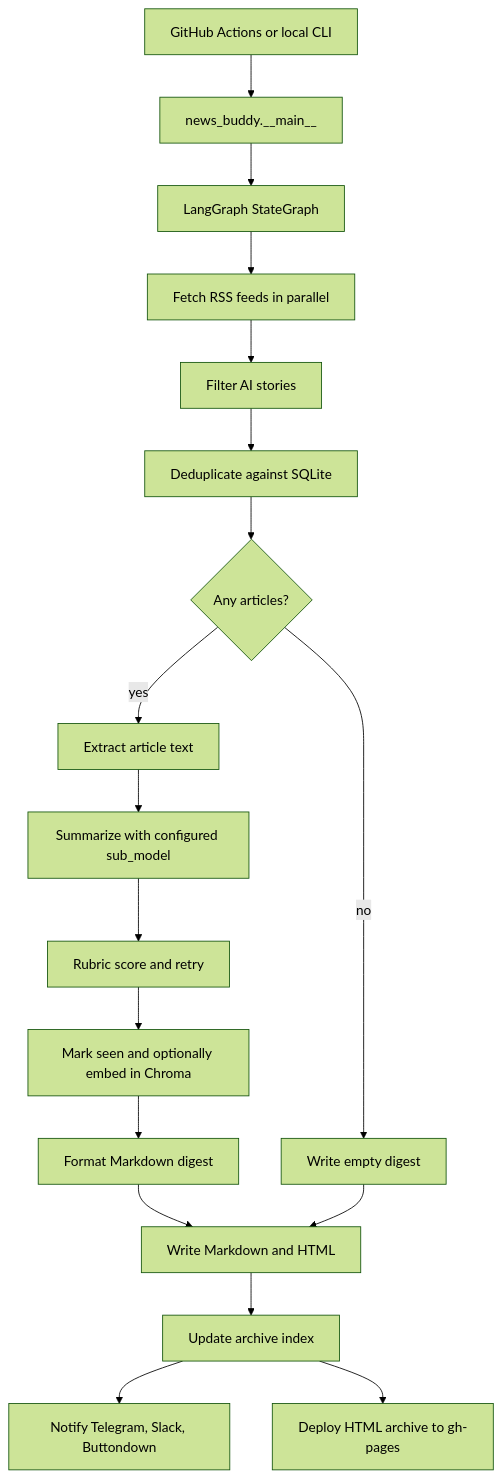
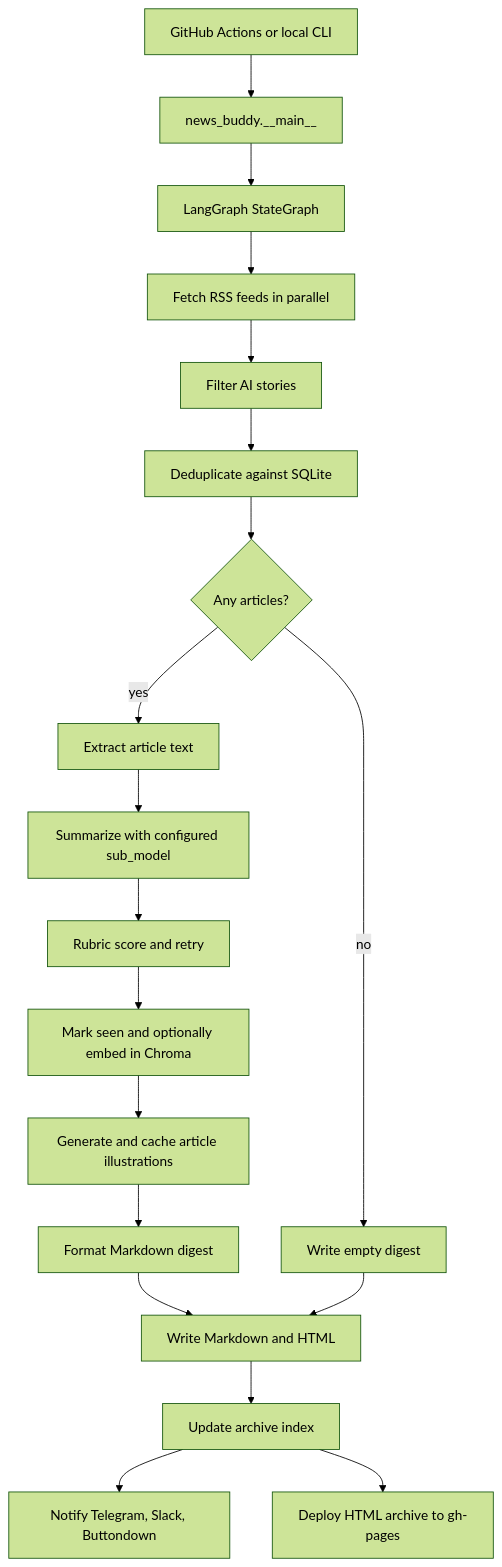
Before and after one commit to Harshagarwal06/buddy_agent: the diagram in README.md, drawn with Mermaid (forest theme). The commit also changed other lines of this file and 18 other files, not shown here.

````diff
--- a/README.md
+++ b/README.md
@@ -28,20 +29,21 @@
 ```mermaid
 flowchart TD
     A["GitHub Actions or local CLI"] --> B["news_buddy.__main__"]
     B --> C["LangGraph StateGraph"]
     C --> D["Fetch RSS feeds in parallel"]
     D --> E["Filter AI stories"]
     E --> F["Deduplicate against SQLite"]
     F --> G{"Any articles?"}
     G -- "yes" --> H["Extract article text"]
     H --> I["Summarize with configured sub_model"]
     I --> J["Rubric score and retry"]
     J --> K["Mark seen and optionally embed in Chroma"]
-    K --> L["Format Markdown digest"]
-    G -- "no" --> M["Write empty digest"]
-    L --> N["Write Markdown and HTML"]
-    M --> N
+    K --> L["Generate and cache article illustrations"]
+    L --> M["Format Markdown digest"]
+    G -- "no" --> X["Write empty digest"]
+    M --> N["Write Markdown and HTML"]
+    X --> N
     N --> O["Update archive index"]
     O --> P["Notify Telegram, Slack, Buttondown"]
     O --> Q["Deploy HTML archive to gh-pages"]
 ```
````
